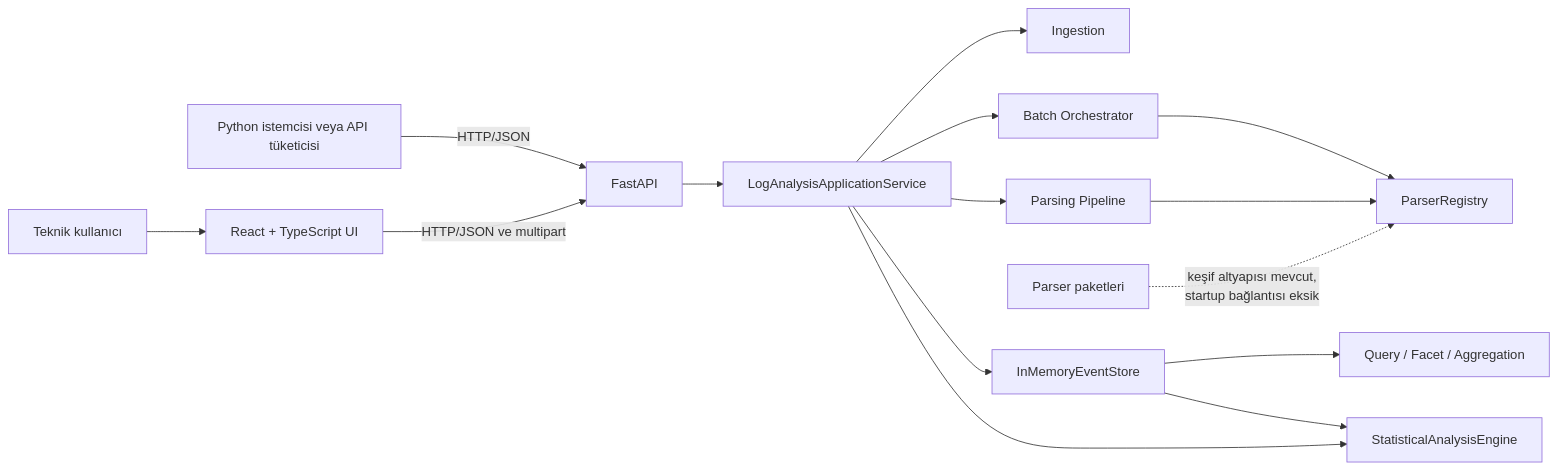
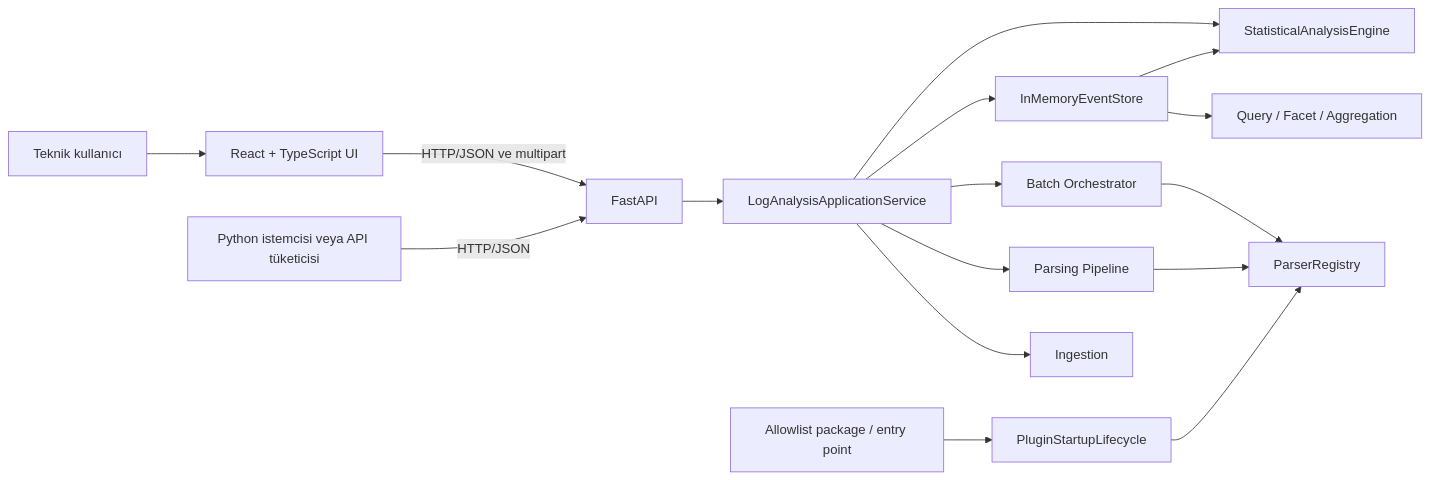
One commit to iremklp/smartlog changed the first of 10 diagrams in log-parser-engine/ARCHITECTURE.md. Above: the diagram before and after it, drawn with Mermaid. The commit also changed other lines of this file and 12 other files, not shown here.

Commit message:
feat: wire safe plugin startup lifecycle

````diff
--- a/log-parser-engine/ARCHITECTURE.md
+++ b/log-parser-engine/ARCHITECTURE.md
@@ -33,17 +33,18 @@
 ```mermaid
 flowchart LR
     User[Teknik kullanıcı] --> UI[React + TypeScript UI]
     UI -->|HTTP/JSON ve multipart| API[FastAPI]
     CLI[Python istemcisi veya API tüketicisi] -->|HTTP/JSON| API
     API --> APP[LogAnalysisApplicationService]
     APP --> ING[Ingestion]
     APP --> PIPE[Parsing Pipeline]
     APP --> BATCH[Batch Orchestrator]
     APP --> STORE[InMemoryEventStore]
     APP --> ANALYSIS[StatisticalAnalysisEngine]
     STORE --> QUERY[Query / Facet / Aggregation]
     STORE --> ANALYSIS
-    PLUGINS[Parser paketleri] -. keşif altyapısı mevcut,<br/>startup bağlantısı eksik .-> REG[ParserRegistry]
+    PLUGINS[Allowlist package / entry point] --> STARTUP[PluginStartupLifecycle]
+    STARTUP --> REG[ParserRegistry]
     PIPE --> REG
     BATCH --> REG
 ```
````
